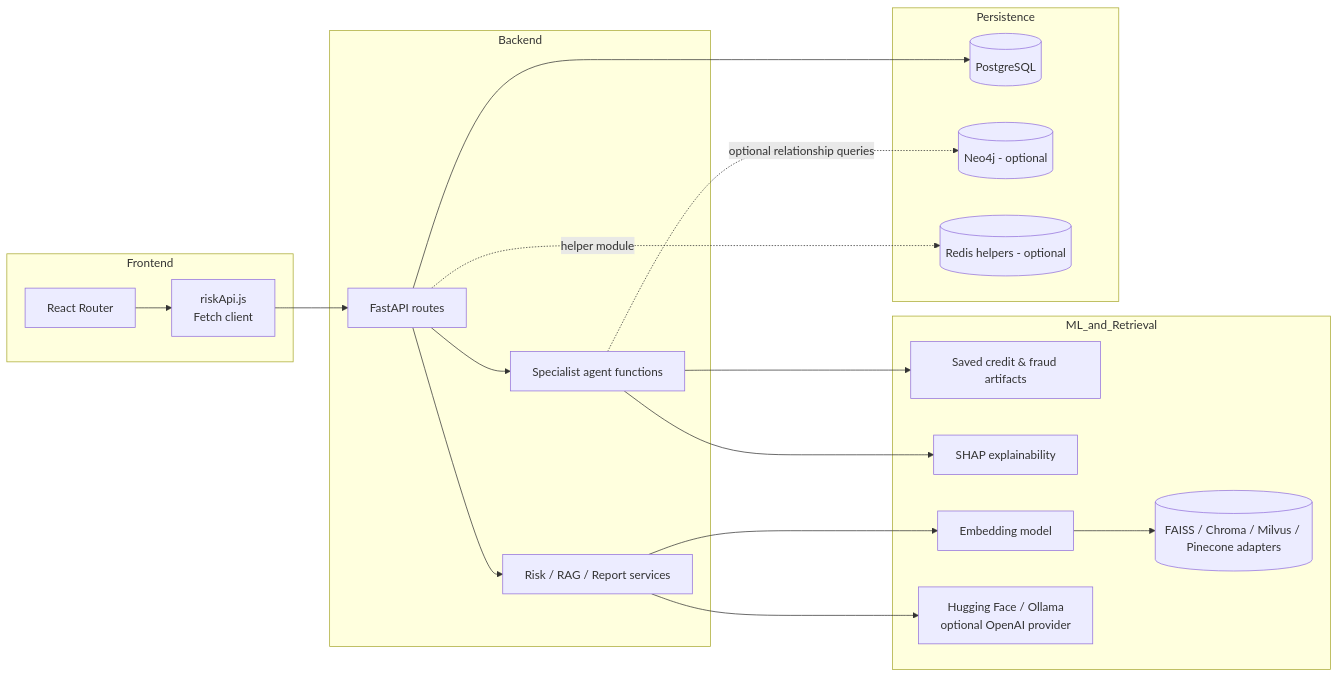
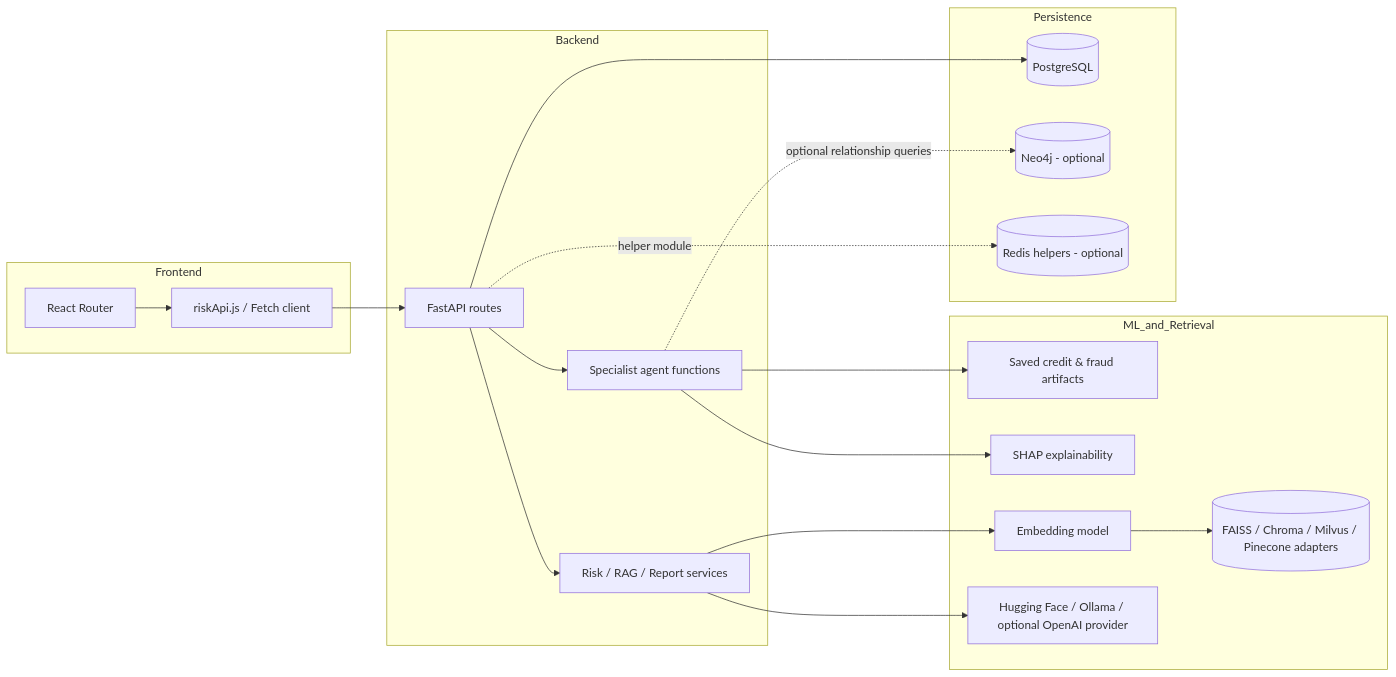
Before and after one commit to Abhishek4209/AI-Financial-Risk-Intelligence-Platform-using-Graph-RAG-Multi-Agent-LLM: the second of 2 diagrams in README.md, drawn with Mermaid. The commit also changed other lines of this file and 1 other file, not shown here.

````diff
--- a/README.md
+++ b/README.md
@@ -126,40 +133,40 @@
 ```mermaid
 flowchart LR
     subgraph Frontend
       REACT[React Router]
-      CLIENT[riskApi.js<br/>Fetch client]
+      CLIENT[riskApi.js / Fetch client]
       REACT --> CLIENT
     end
 
     subgraph Backend
       FASTAPI[FastAPI routes]
       AGENTS[Specialist agent functions]
       SERVICES[Risk / RAG / Report services]
       FASTAPI --> AGENTS
       FASTAPI --> SERVICES
     end
 
     subgraph ML_and_Retrieval
       ARTIFACTS[Saved credit & fraud artifacts]
       SHAP[SHAP explainability]
       EMB[Embedding model]
       VECTOR[(FAISS / Chroma / Milvus / Pinecone adapters)]
-      LLM[Hugging Face / Ollama<br/>optional OpenAI provider]
+      LLM[Hugging Face / Ollama / optional OpenAI provider]
     end
 
     subgraph Persistence
       POSTGRES[(PostgreSQL)]
       NEO4J[(Neo4j - optional)]
       REDIS[(Redis helpers - optional)]
     end
 
     CLIENT --> FASTAPI
     AGENTS --> ARTIFACTS
     AGENTS --> SHAP
     SERVICES --> EMB
     EMB --> VECTOR
     SERVICES --> LLM
     FASTAPI --> POSTGRES
     AGENTS -. optional relationship queries .-> NEO4J
     FASTAPI -. helper module .-> REDIS
 ```
````
